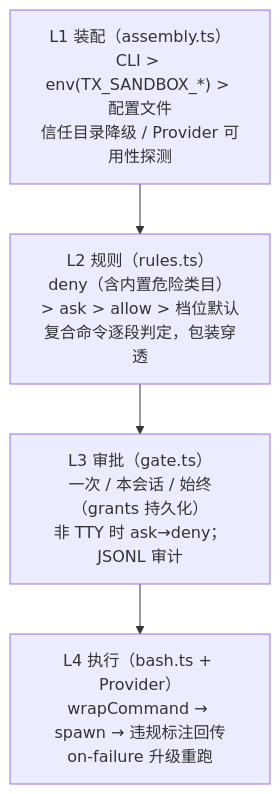
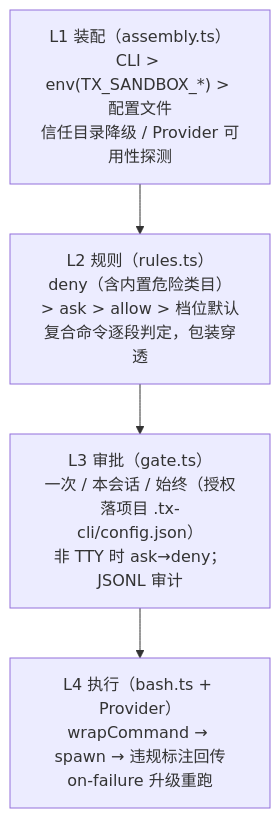
The third of 3 diagrams in ARCHITECTURE.md (tanyueran/tx-cli), drawn with Mermaid before and after one commit. The commit also changed other lines of this file and 18 other files, not shown here.

````diff
--- a/ARCHITECTURE.md
+++ b/ARCHITECTURE.md
@@ -176,8 +177,8 @@
 ```mermaid
 flowchart TD
     L1["L1 装配（assembly.ts）<br/>CLI > env(TX_SANDBOX_*) > 配置文件<br/>信任目录降级 / Provider 可用性探测"]
     L2["L2 规则（rules.ts）<br/>deny（含内置危险类目）> ask > allow > 档位默认<br/>复合命令逐段判定，包装穿透"]
-    L3["L3 审批（gate.ts）<br/>一次 / 本会话 / 始终（grants 持久化）<br/>非 TTY 时 ask→deny；JSONL 审计"]
+    L3["L3 审批（gate.ts）<br/>一次 / 本会话 / 始终（授权落项目 .tx-cli/config.json）<br/>非 TTY 时 ask→deny；JSONL 审计"]
     L4["L4 执行（bash.ts + Provider）<br/>wrapCommand → spawn → 违规标注回传<br/>on-failure 升级重跑"]
     L1 --> L2 --> L3 --> L4
 ```
````
